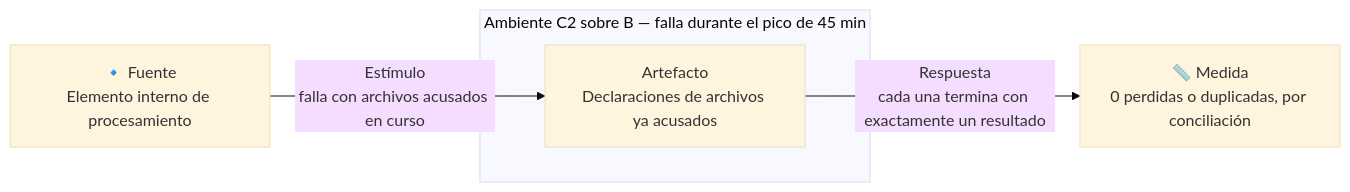
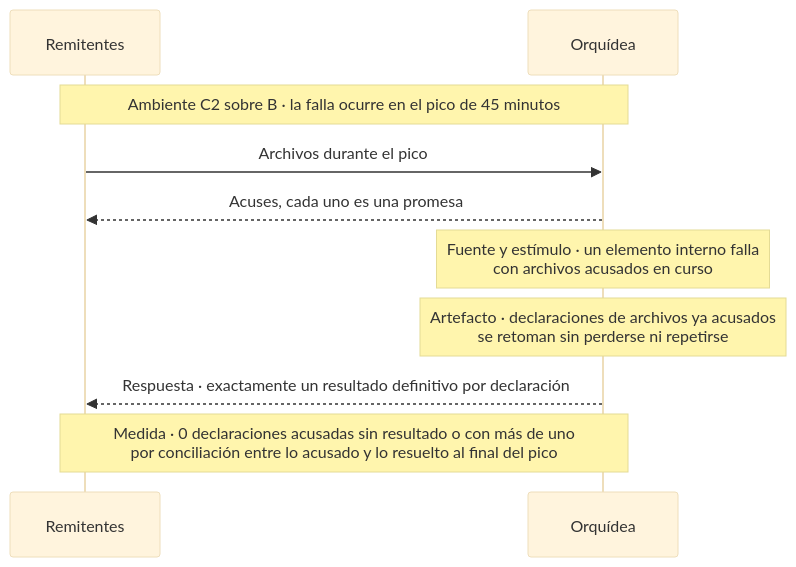
The eighth of 17 diagrams in docs/quality-attributes.md (MATI-MBIT/arqsoft-reto-4), drawn with Mermaid (base theme) before and after one commit. The commit also changed other lines of this file, not shown here.

Commit message:
Cambia los diagramas de los ASR por diagramas de secuencia con t0, t1 y la medida

````diff
--- a/docs/quality-attributes.md
+++ b/docs/quality-attributes.md
@@ -320,9 +368,12 @@
 ```mermaid
-flowchart LR
-    F["🔹 Fuente<br/>Elemento interno de procesamiento"]
-    F -- "Estímulo<br/>falla con archivos acusados en curso" --> A
-    subgraph AMB["Ambiente C2 sobre B — falla durante el pico de 45 min"]
-        A["Artefacto<br/>Declaraciones de archivos ya acusados"]
-    end
-    A -- "Respuesta<br/>cada una termina con exactamente un resultado" --> M["📏 Medida<br/>0 perdidas o duplicadas, por conciliación"]
+sequenceDiagram
+    participant R as Remitentes
+    participant O as Orquídea
+    Note over R,O: Ambiente C2 sobre B · la falla ocurre en el pico de 45 minutos
+    R->>O: Archivos durante el pico
+    O-->>R: Acuses, cada uno es una promesa
+    Note over O: Fuente y estímulo · un elemento interno falla<br/>con archivos acusados en curso
+    Note over O: Artefacto · declaraciones de archivos ya acusados<br/>se retoman sin perderse ni repetirse
+    O-->>R: Respuesta · exactamente un resultado definitivo por declaración
+    Note over R,O: Medida · 0 declaraciones acusadas sin resultado o con más de uno<br/>por conciliación entre lo acusado y lo resuelto al final del pico
 ```
````
